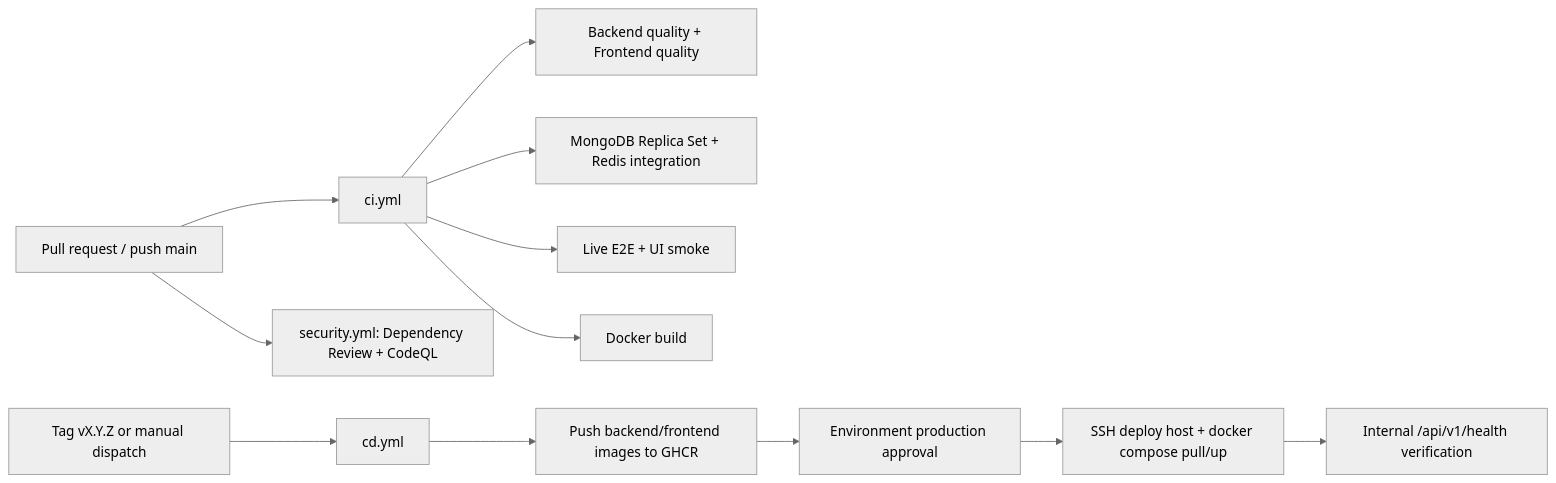
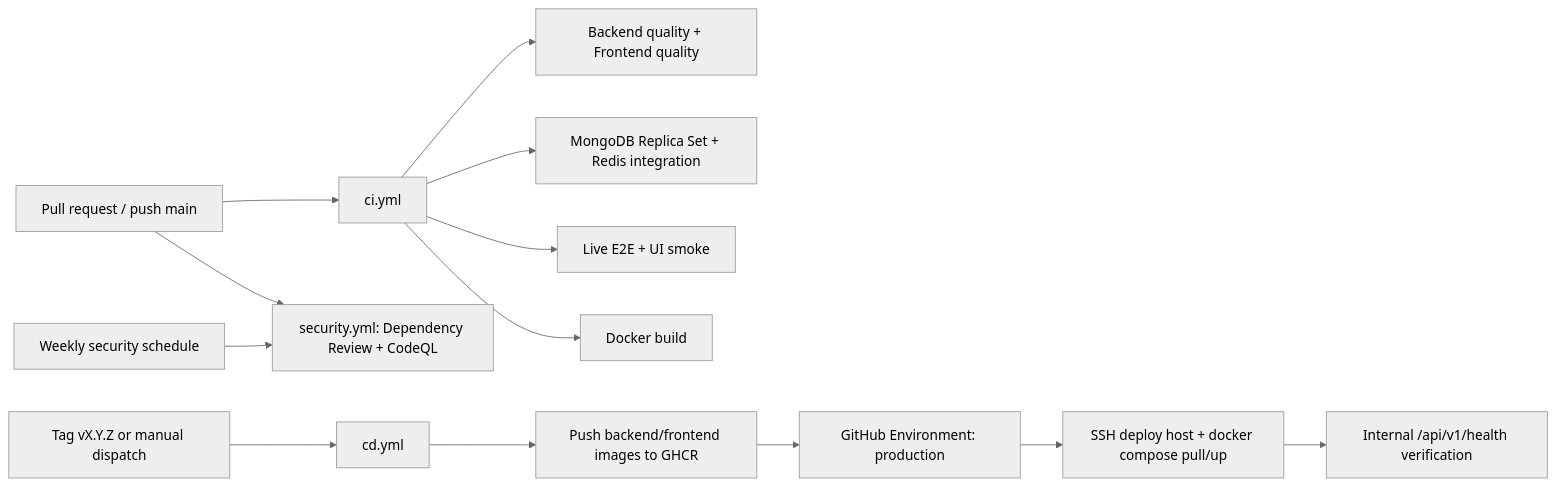
One commit to binbin210821-droid/HRMS_AI_Implemented changed the diagram in docs/technical/06-cicd-secrets-operations.md. Above: the diagram before and after it, drawn with Mermaid (neutral theme). The commit also changed other lines of this file and 34 other files, not shown here.

````diff
--- a/docs/technical/06-cicd-secrets-operations.md
+++ b/docs/technical/06-cicd-secrets-operations.md
@@ -5,14 +5,15 @@
 ```mermaid
 flowchart LR
   PR[Pull request / push main] --> CI[ci.yml]
   CI --> Q[Backend quality + Frontend quality]
   CI --> I[MongoDB Replica Set + Redis integration]
   CI --> E[Live E2E + UI smoke]
   CI --> B[Docker build]
   PR --> SEC[security.yml: Dependency Review + CodeQL]
+  SCH[Weekly security schedule] --> SEC
   TAG[Tag vX.Y.Z or manual dispatch] --> CD[cd.yml]
   CD --> GHCR[Push backend/frontend images to GHCR]
-  GHCR --> APPROVAL[Environment production approval]
-  APPROVAL --> SSH[SSH deploy host + docker compose pull/up]
+  GHCR --> ENV[GitHub Environment: production]
+  ENV --> SSH[SSH deploy host + docker compose pull/up]
   SSH --> H[Internal /api/v1/health verification]
 ```
````
